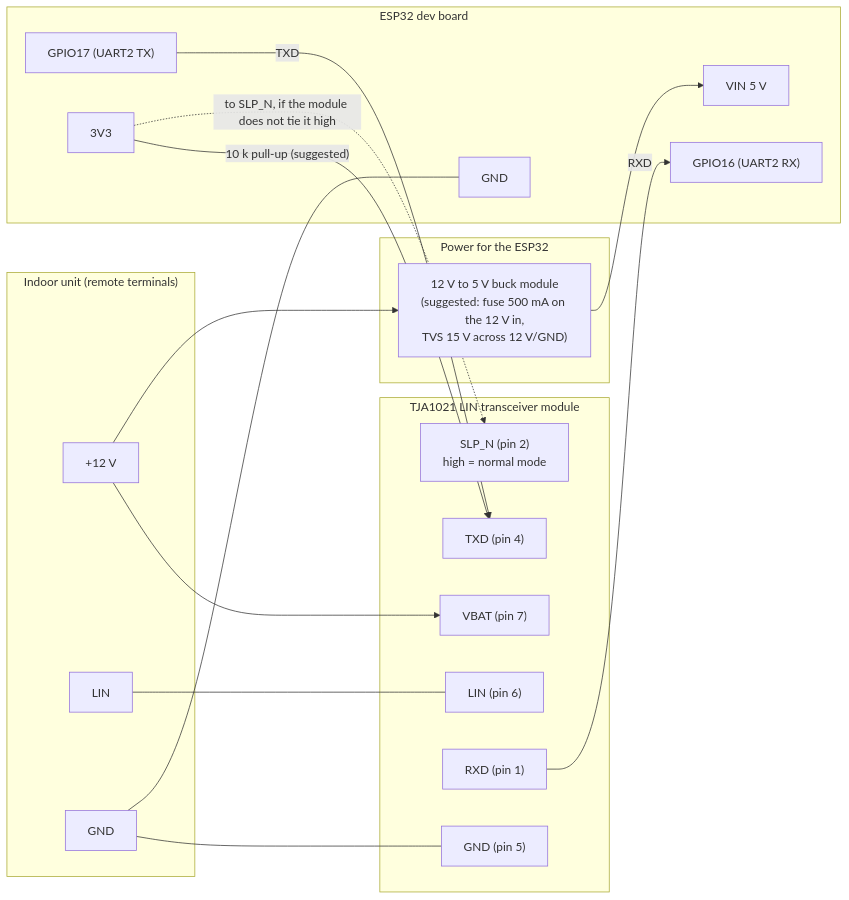
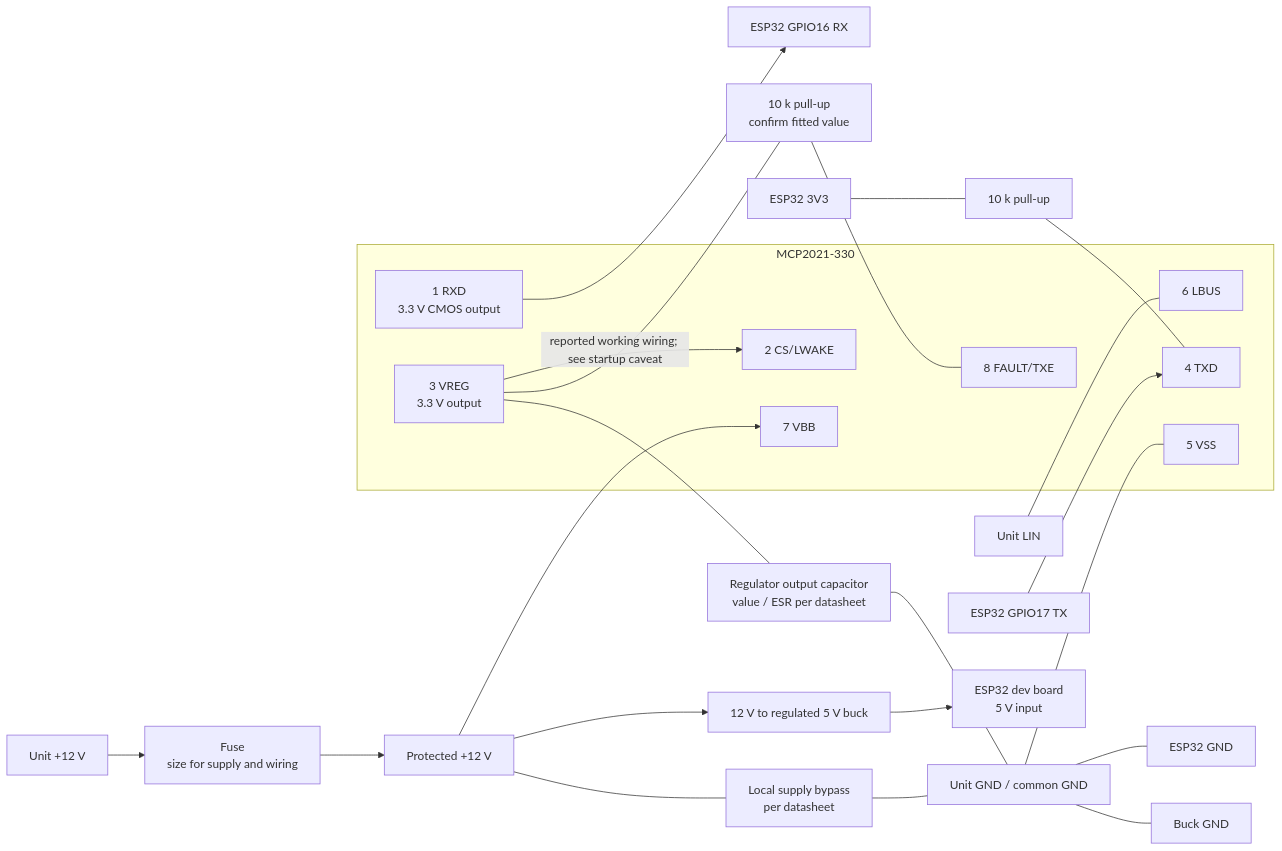
The first of 2 diagrams in docs/aot30-circuit.md (matt-nz/fujitsu-legacy-esphome), drawn with Mermaid before and after one commit. The commit also changed other lines of this file and 6 other files, not shown here.

````diff
--- a/docs/aot30-circuit.md
+++ b/docs/aot30-circuit.md
@@ -19,40 +12,34 @@
 ```mermaid
 flowchart LR
-    subgraph UNIT["Indoor unit (remote terminals)"]
-        U12["+12 V"]
-        ULIN["LIN"]
-        UGND["GND"]
+    P12["Unit +12 V"] --> F["Fuse<br/>size for supply and wiring"]
+    F --> V12["Protected +12 V"]
+    V12 --> BUCK["12 V to regulated 5 V buck"]
+    BUCK --> VIN["ESP32 dev board<br/>5 V input"]
+    GND["Unit GND / common GND"]
+    V33["ESP32 3V3"]
+
+    subgraph IC["MCP2021-330"]
+        VBAT["7 VBB"]
+        LIN["6 LBUS"]
+        IGND["5 VSS"]
+        TXD["4 TXD"]
+        RXD["1 RXD<br/>3.3 V CMOS output"]
+        CS["2 CS/LWAKE"]
+        VREG["3 VREG<br/>3.3 V output"]
+        FAULT["8 FAULT/TXE"]
     end
 
-    subgraph PSU["Power for the ESP32"]
-        BUCK["12 V to 5 V buck module<br/>(suggested: fuse 500 mA on the 12 V in,<br/>TVS 15 V across 12 V/GND)"]
-    end
-
-    subgraph XCVR["TJA1021 LIN transceiver module"]
-        VBAT["VBAT (pin 7)"]
-        LIN["LIN (pin 6)"]
-        XGND["GND (pin 5)"]
-        TXD["TXD (pin 4)"]
-        RXD["RXD (pin 1)"]
-        SLP["SLP_N (pin 2)<br/>high = normal mode"]
-    end
-
-    subgraph ESP["ESP32 dev board"]
-        VIN["VIN 5 V"]
-        EGND["GND"]
-        G17["GPIO17 (UART2 TX)"]
-        G16["GPIO16 (UART2 RX)"]
-        V33["3V3"]
-    end
-
-    U12 --> VBAT
-    U12 --> BUCK
-    BUCK --> VIN
-    ULIN --- LIN
-    UGND --- XGND
-    UGND --- EGND
-    G17 -->|"TXD"| TXD
-    RXD -->|"RXD"| G16
-    V33 -->|"10 k pull-up (suggested)"| TXD
-    V33 -.->|"to SLP_N, if the module does not tie it high"| SLP
+    V12 --> VBAT
+    V12 --- C["Local supply bypass<br/>per datasheet"]
+    C --- GND
+    ULIN["Unit LIN"] --- LIN
+    GND --- IGND
+    GND --- EGND["ESP32 GND"]
+    GND --- BGND["Buck GND"]
+    VREG -->|"reported working wiring; see startup caveat"| CS
+    VREG --- RF["10 k pull-up<br/>confirm fitted value"] --- FAULT
+    VREG --- CR["Regulator output capacitor<br/>value / ESR per datasheet"] --- GND
+    V33 --- RT["10 k pull-up"] --- TXD
+    TX["ESP32 GPIO17 TX"] --> TXD
+    RXD --> RX["ESP32 GPIO16 RX"]
 ```
````
